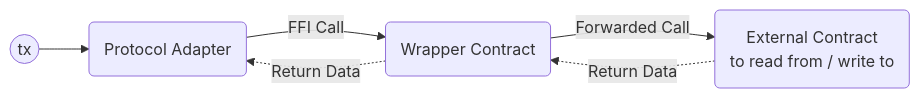
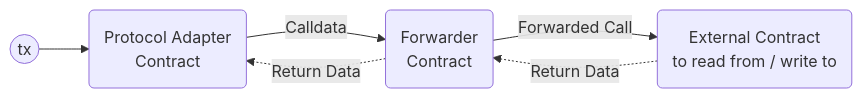
Before and after one commit to anoma/nspec: the first of 2 diagrams in docs/arch/integrations/adapters/evm.md, drawn with Mermaid. The commit also changed other lines of this file, not shown here.

````diff
--- a/docs/arch/integrations/adapters/evm.md
+++ b/docs/arch/integrations/adapters/evm.md
@@ -128,11 +128,11 @@
 ```mermaid
 flowchart LR
     tx(("tx"))
-    pa("Protocol Adapter")
-    wc("Wrapper Contract")
+    pa("Protocol Adapter<br>Contract")
+    fc("Forwarder<br>Contract")
     ec("External Contract<br> to read from / write to")
 
     tx --> pa
-    pa --"FFI Call"--> wc -. Return Data .-> pa
-    wc --"Forwarded Call" --> ec -. Return Data .-> wc
+    pa --"Calldata"--> fc -. Return Data .-> pa
+    fc --"Forwarded Call" --> ec -. Return Data .-> fc
 ```
````
